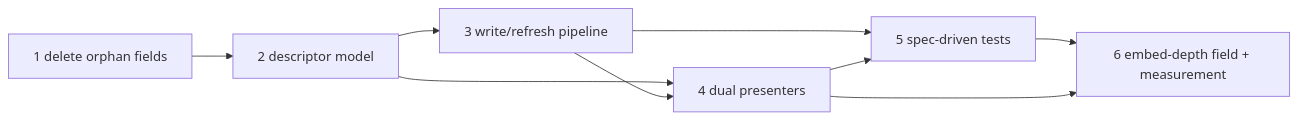
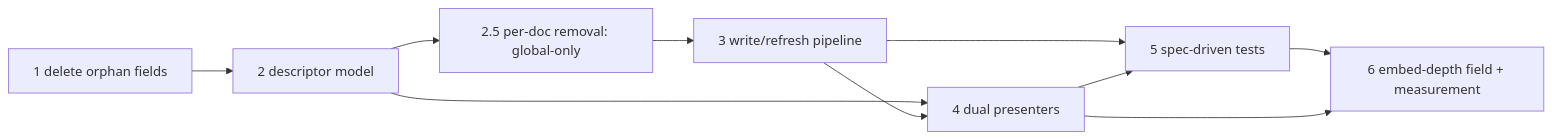
One commit to nickolay-kondratyev/obsidian-vicinity-graph-plugin changed the diagram in docs-internal/notes/settings.md. Above: the diagram before and after it, drawn with Mermaid. The commit also changed other lines of this file and 9 other files, not shown here.

First line of the commit message:
docs(tickets): global-only settings decision — insert per-doc-removal step 2.5 into settings-cleanup chain

````diff
--- a/docs-internal/notes/settings.md
+++ b/docs-internal/notes/settings.md
@@ -97,11 +98,12 @@
 ```mermaid
 graph LR
   niz[1 delete orphan fields] --> desc[2 descriptor model]
-  desc --> pipe[3 write/refresh pipeline]
+  desc --> perdoc[2.5 per-doc removal: global-only]
+  perdoc --> pipe[3 write/refresh pipeline]
   desc --> pres[4 dual presenters]
   pipe --> pres
   pipe --> tests[5 spec-driven tests]
   pres --> tests
   tests --> field[6 embed-depth field + measurement]
   pres --> field
 ```
````
